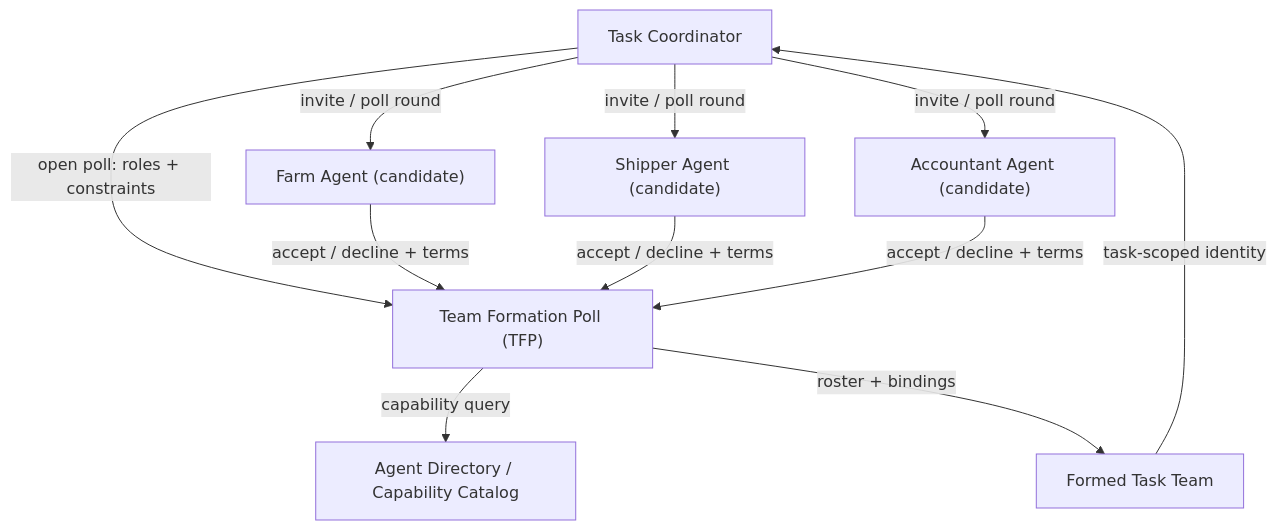
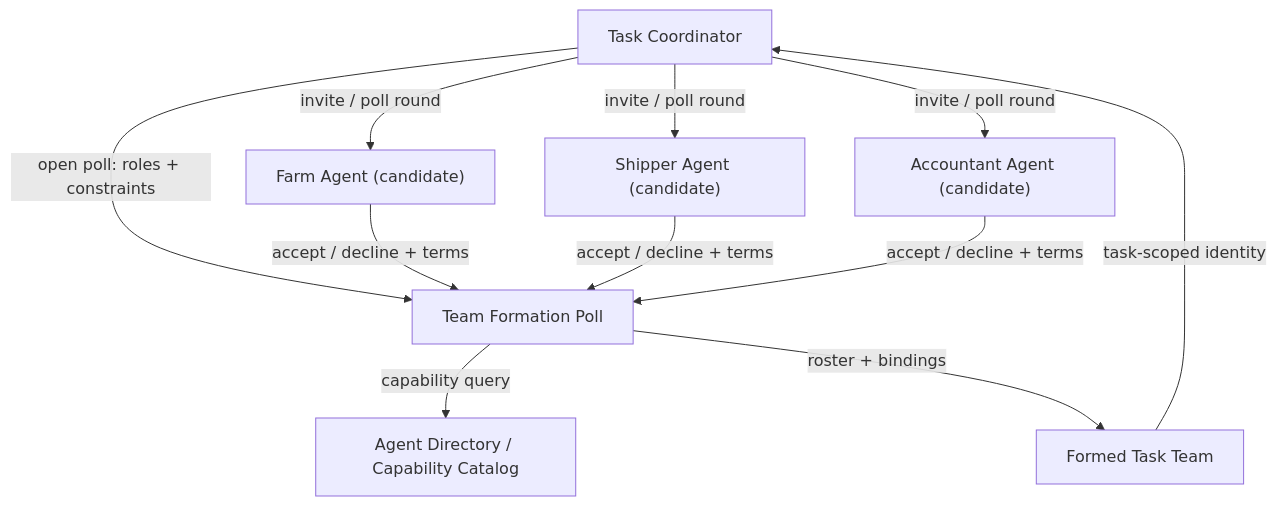
The diagram in coffeeAGNTCY/coffee_agents/lungo/api/agentic_workflows/docs/workflows/team_formation_via_polling.md (agntcy/coffeeAgntcy), drawn with Mermaid before and after one commit. The commit also changed other lines of this file and 5 other files, not shown here.

````diff
--- a/coffeeAGNTCY/coffee_agents/lungo/api/agentic_workflows/docs/workflows/team_formation_via_polling.md
+++ b/coffeeAGNTCY/coffee_agents/lungo/api/agentic_workflows/docs/workflows/team_formation_via_polling.md
@@ -5,21 +5,21 @@
 ```mermaid
 graph TD
     Coordinator["Task Coordinator"]
     Registry["Agent Directory / Capability Catalog"]
-    Poll["Team Formation Poll (TFP)"]
+    Poll["Team Formation Poll"]
     A["Farm Agent (candidate)"]
     B["Shipper Agent (candidate)"]
     C["Accountant Agent (candidate)"]
     Team["Formed Task Team"]
 
     Coordinator -->|"open poll: roles + constraints"| Poll
     Poll -->|"capability query"| Registry
     Coordinator -->|"invite / poll round"| A
     Coordinator -->|"invite / poll round"| B
     Coordinator -->|"invite / poll round"| C
     A -->|"accept / decline + terms"| Poll
     B -->|"accept / decline + terms"| Poll
     C -->|"accept / decline + terms"| Poll
     Poll -->|"roster + bindings"| Team
     Team -->|"task-scoped identity"| Coordinator
 ```
````
